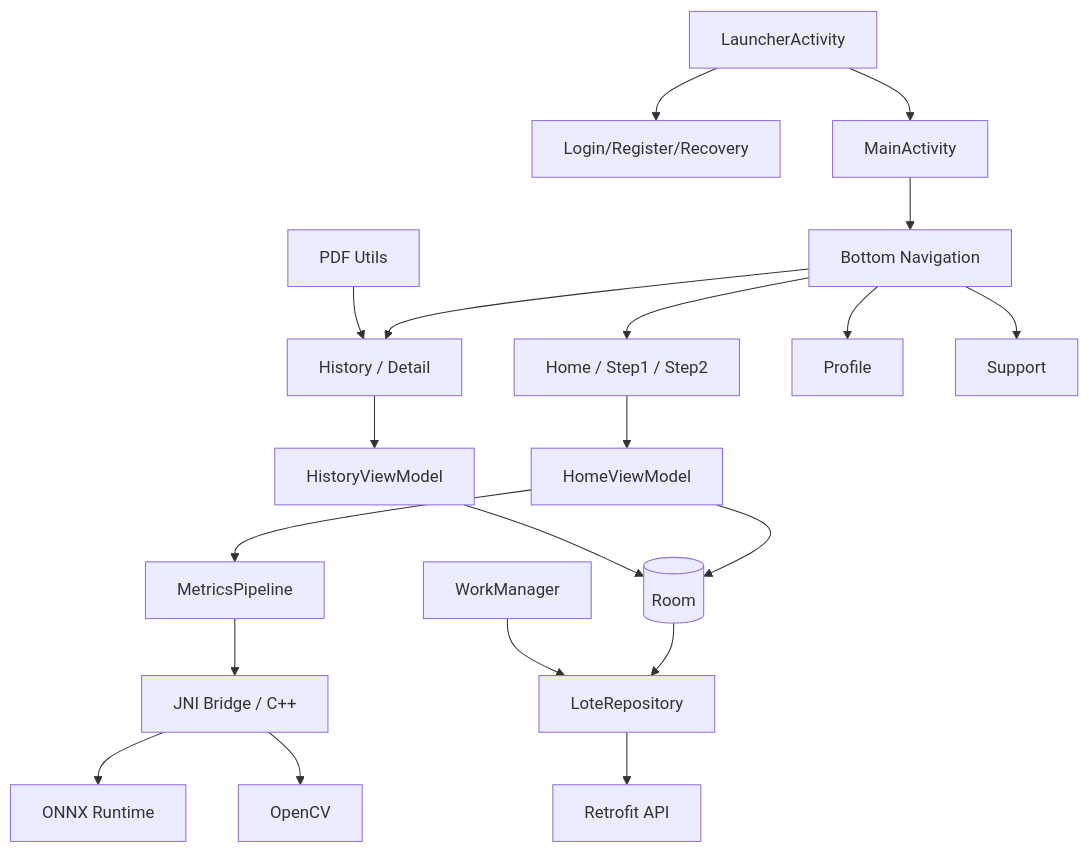
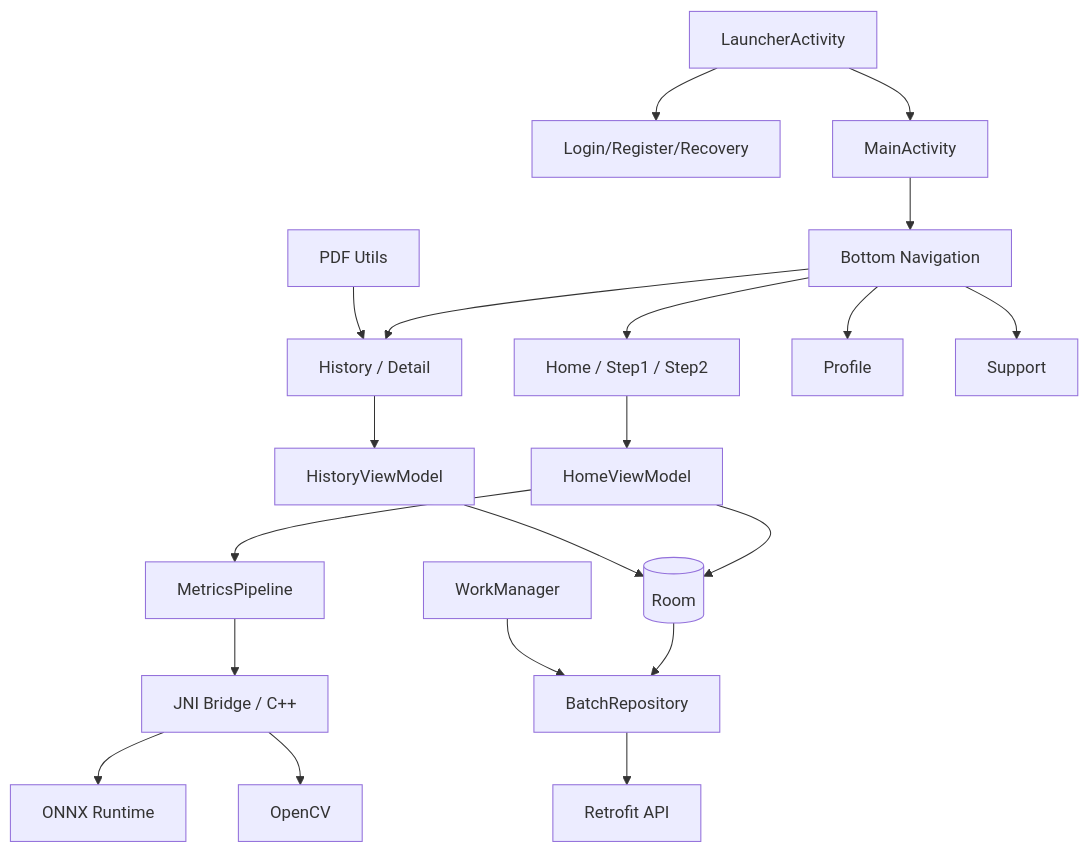
The diagram in README.md (Maxbarrioslopez/grape-berry-estimation-demo-v2), drawn with Mermaid before and after one commit. The commit also changed other lines of this file and 152 other files, not shown here.

````diff
--- a/README.md
+++ b/README.md
@@ -28,22 +37,22 @@
 ```mermaid
 flowchart TD
     Launcher[LauncherActivity] --> Auth[Login/Register/Recovery]
     Launcher --> Main[MainActivity]
     Main --> Nav[Bottom Navigation]
     Nav --> Home[Home / Step1 / Step2]
     Nav --> History[History / Detail]
     Nav --> Profile[Profile]
     Nav --> Support[Support]
     Home --> VM[HomeViewModel]
     History --> HVM[HistoryViewModel]
     VM --> Pipeline[MetricsPipeline]
     Pipeline --> JNI[JNI Bridge / C++]
     JNI --> ONNX[ONNX Runtime]
     JNI --> OpenCV[OpenCV]
     VM --> Room[(Room)]
     HVM --> Room
-    Room --> Repo[LoteRepository]
+    Room --> Repo[BatchRepository]
     Repo --> Retrofit[Retrofit API]
     Work[WorkManager] --> Repo
     PDF[PDF Utils] --> History
 ```
````
